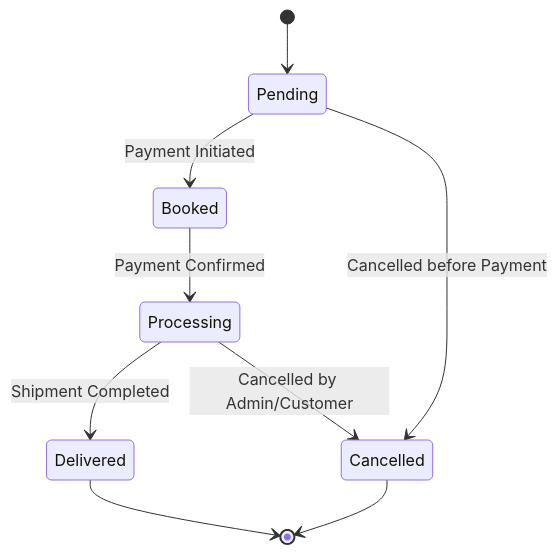
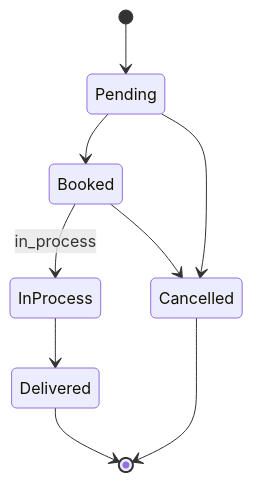
The fifth of 6 diagrams in README.md (SyedJawad125/A-Collections-Django-Next-JS-and-PostgreSQL), drawn with Mermaid before and after one commit. The commit also changed other lines of this file and 1 other file, not shown here.

````diff
--- a/README.md
+++ b/README.md
@@ -1103,11 +1106,11 @@
 ```mermaid
 stateDiagram-v2
     [*] --> Pending
-    Pending --> Booked: Payment Initiated
-    Booked --> Processing: Payment Confirmed
-    Processing --> Delivered: Shipment Completed
-    Processing --> Cancelled: Cancelled by Admin/Customer
-    Pending --> Cancelled: Cancelled before Payment
+    Pending --> Booked
+    Booked --> InProcess: in_process
+    InProcess --> Delivered
+    Pending --> Cancelled
+    Booked --> Cancelled
     Delivered --> [*]
     Cancelled --> [*]
 ```
````
